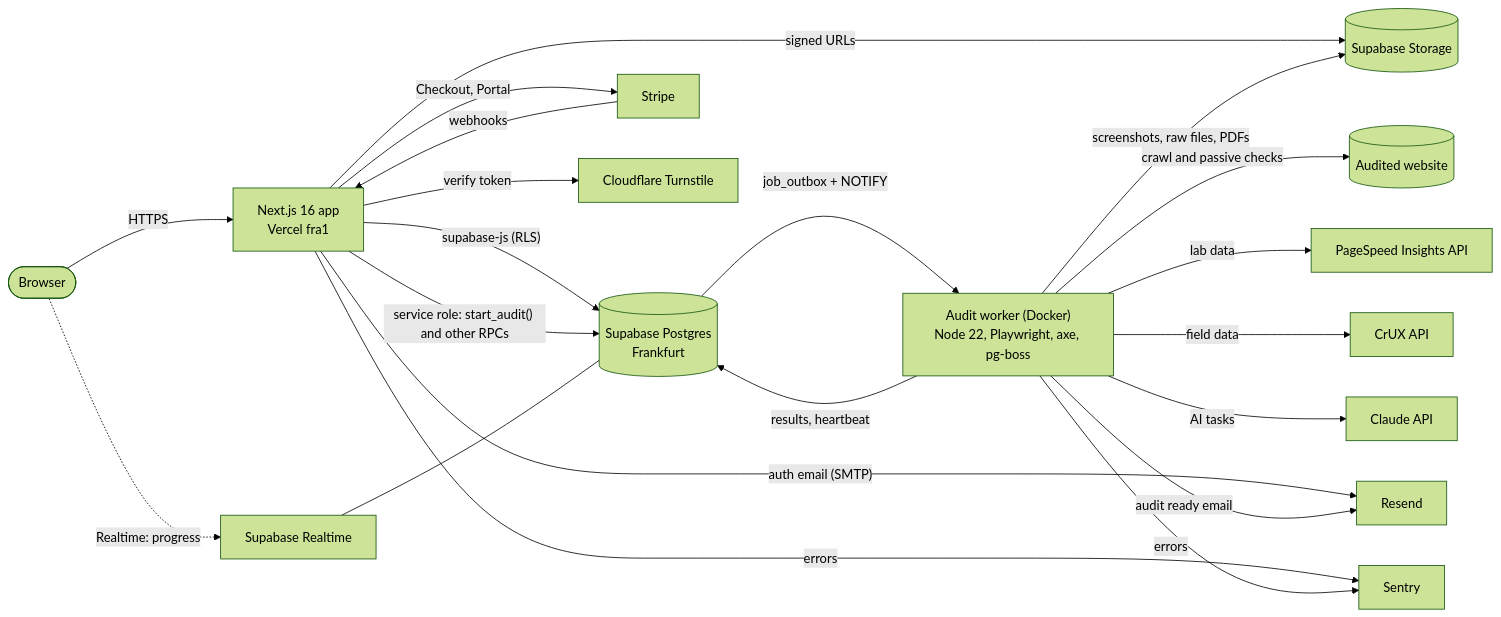
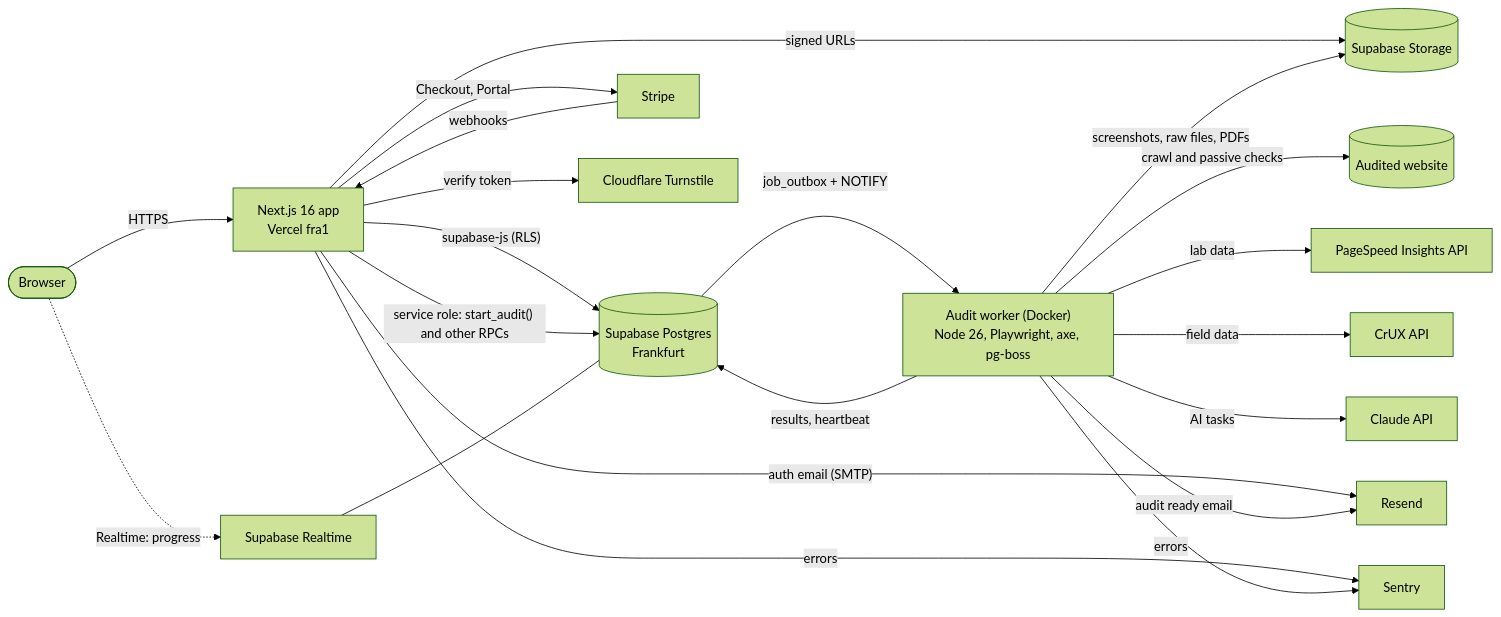
The diagram in docs/Tech.md (izrno00/web-audit), drawn with Mermaid (forest theme) before and after one commit. The commit also changed other lines of this file and 5 other files, not shown here.

````diff
--- a/docs/Tech.md
+++ b/docs/Tech.md
@@ -36,23 +37,23 @@
 ```mermaid
 flowchart LR
   user(["Browser"]) -->|HTTPS| web["Next.js 16 app<br/>Vercel fra1"]
   web -->|"supabase-js (RLS)"| db[("Supabase Postgres<br/>Frankfurt")]
   web -->|"service role: start_audit() and other RPCs"| db
   user -.->|"Realtime: progress"| rt["Supabase Realtime"]
   rt --- db
   web -->|signed URLs| storage[("Supabase Storage")]
-  db -->|"job_outbox + NOTIFY"| worker["Audit worker (Docker)<br/>Node 22, Playwright, axe, pg-boss"]
+  db -->|"job_outbox + NOTIFY"| worker["Audit worker (Docker)<br/>Node 26, Playwright, axe, pg-boss"]
   worker -->|"results, heartbeat"| db
   worker -->|"screenshots, raw files, PDFs"| storage
   worker -->|"crawl and passive checks"| target[("Audited website")]
   worker -->|lab data| psi["PageSpeed Insights API"]
   worker -->|field data| crux["CrUX API"]
   worker -->|AI tasks| claude["Claude API"]
   web -->|"Checkout, Portal"| stripe["Stripe"]
   stripe -->|webhooks| web
   web -->|"auth email (SMTP)"| resend["Resend"]
   worker -->|"audit ready email"| resend
   web -->|verify token| turnstile["Cloudflare Turnstile"]
   web -->|errors| sentry["Sentry"]
   worker -->|errors| sentry
 ```
````
